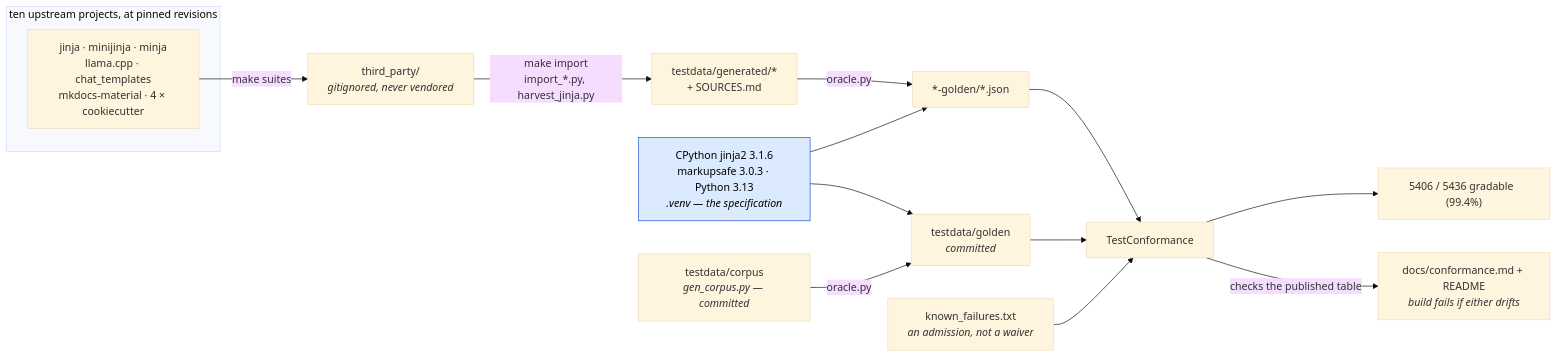
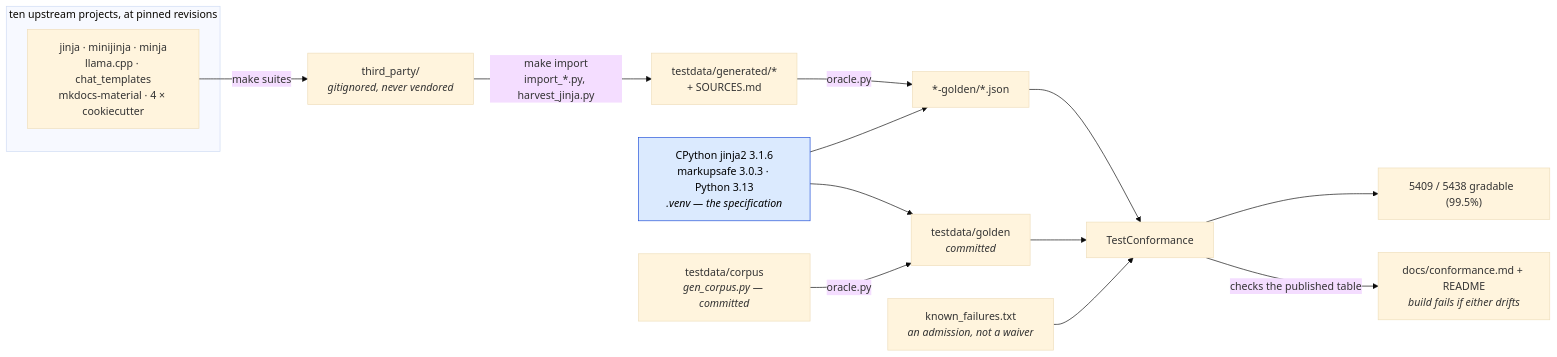
Before and after one commit to mgilbir/gojja2: the first of 2 diagrams in docs/conformance.md, drawn with Mermaid (base theme). The commit also changed other lines of this file and 12 other files, not shown here.

````diff
--- a/docs/conformance.md
+++ b/docs/conformance.md
@@ -17,24 +17,24 @@
 ```mermaid
 flowchart LR
     subgraph up["ten upstream projects, at pinned revisions"]
         U1["jinja · minijinja · minja<br/>llama.cpp · chat_templates<br/>mkdocs-material · 4 × cookiecutter"]
     end
     U1 -->|"make suites"| TP["third_party/<br/><i>gitignored, never vendored</i>"]
     TP -->|"make import<br/>import_*.py, harvest_jinja.py"| GEN["testdata/generated/*<br/>+ SOURCES.md"]
 
     ORA["CPython jinja2 3.1.6<br/>markupsafe 3.0.3 · Python 3.13<br/><i>.venv — the specification</i>"]
     GEN -->|"oracle.py"| G2["*-golden/*.json"]
     ORA --> G2
 
     OWN["testdata/corpus<br/><i>gen_corpus.py — committed</i>"] -->|"oracle.py"| G1["testdata/golden<br/><i>committed</i>"]
     ORA --> G1
 
     G1 --> TC["TestConformance"]
     G2 --> TC
     KF["known_failures.txt<br/><i>an admission, not a waiver</i>"] --> TC
-    TC --> RATE["5406 / 5436 gradable  (99.4%)"]
+    TC --> RATE["5409 / 5438 gradable  (99.5%)"]
     TC -->|"checks the published table"| RM["docs/conformance.md + README<br/><i>build fails if either drifts</i>"]
 
     classDef spec fill:#dbeafe,stroke:#1d4ed8,color:#000
     class ORA spec
 ```
````
